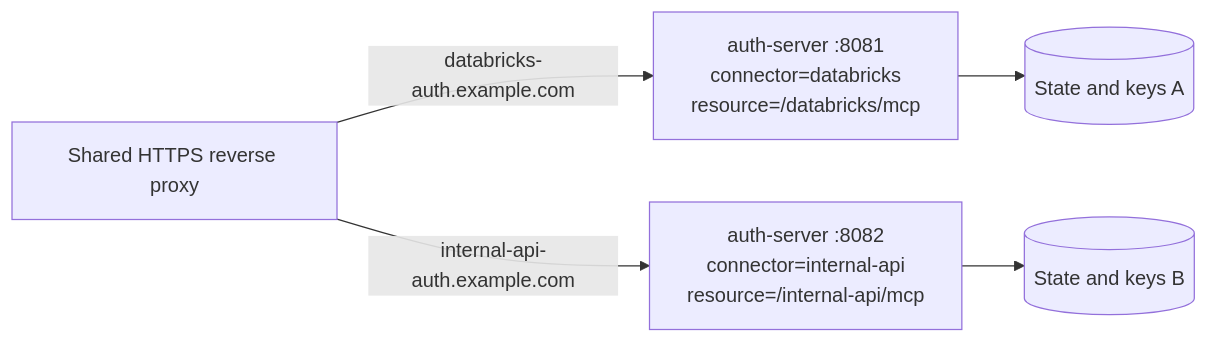
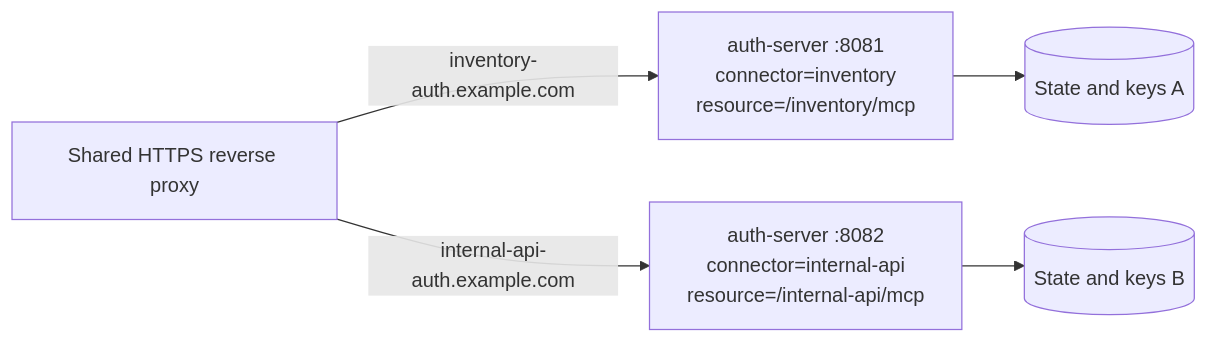
The fourth of 4 diagrams in docs/auth-server.md (Agent-Hellboy/mcp-auth), drawn with Mermaid before and after one commit. The commit also changed other lines of this file and 27 other files, not shown here.

First line of the commit message:
Replace the Databricks example with a dummy MCP server and Keycloak E2E.

````diff
--- a/docs/auth-server.md
+++ b/docs/auth-server.md
@@ -370,13 +370,13 @@
 ```mermaid
 flowchart LR
     proxy["Shared HTTPS reverse proxy"]
-    authA["auth-server :8081<br/>connector=databricks<br/>resource=/databricks/mcp"]
+    authA["auth-server :8081<br/>connector=inventory<br/>resource=/inventory/mcp"]
     authB["auth-server :8082<br/>connector=internal-api<br/>resource=/internal-api/mcp"]
     dbA[("State and keys A")]
     dbB[("State and keys B")]
 
-    proxy -->|"databricks-auth.example.com"| authA
+    proxy -->|"inventory-auth.example.com"| authA
     proxy -->|"internal-api-auth.example.com"| authB
     authA --> dbA
     authB --> dbB
 ```
````
